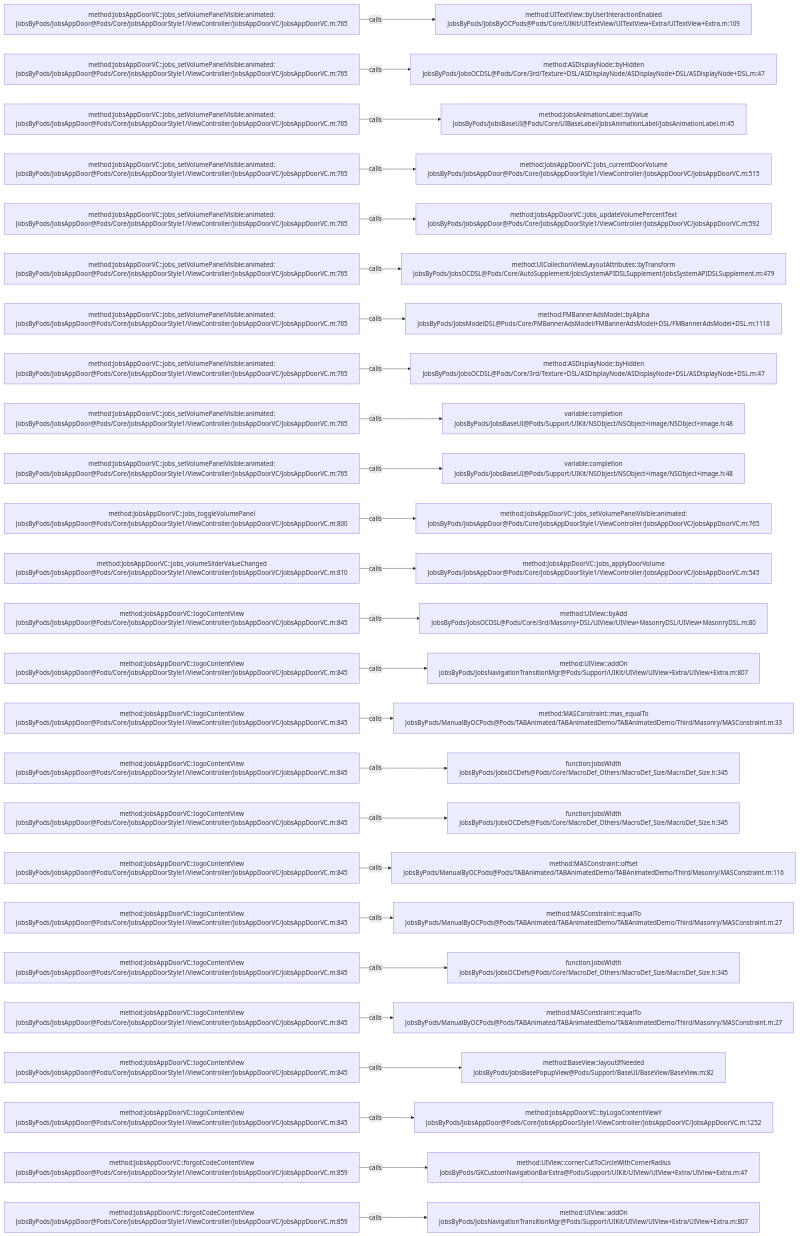
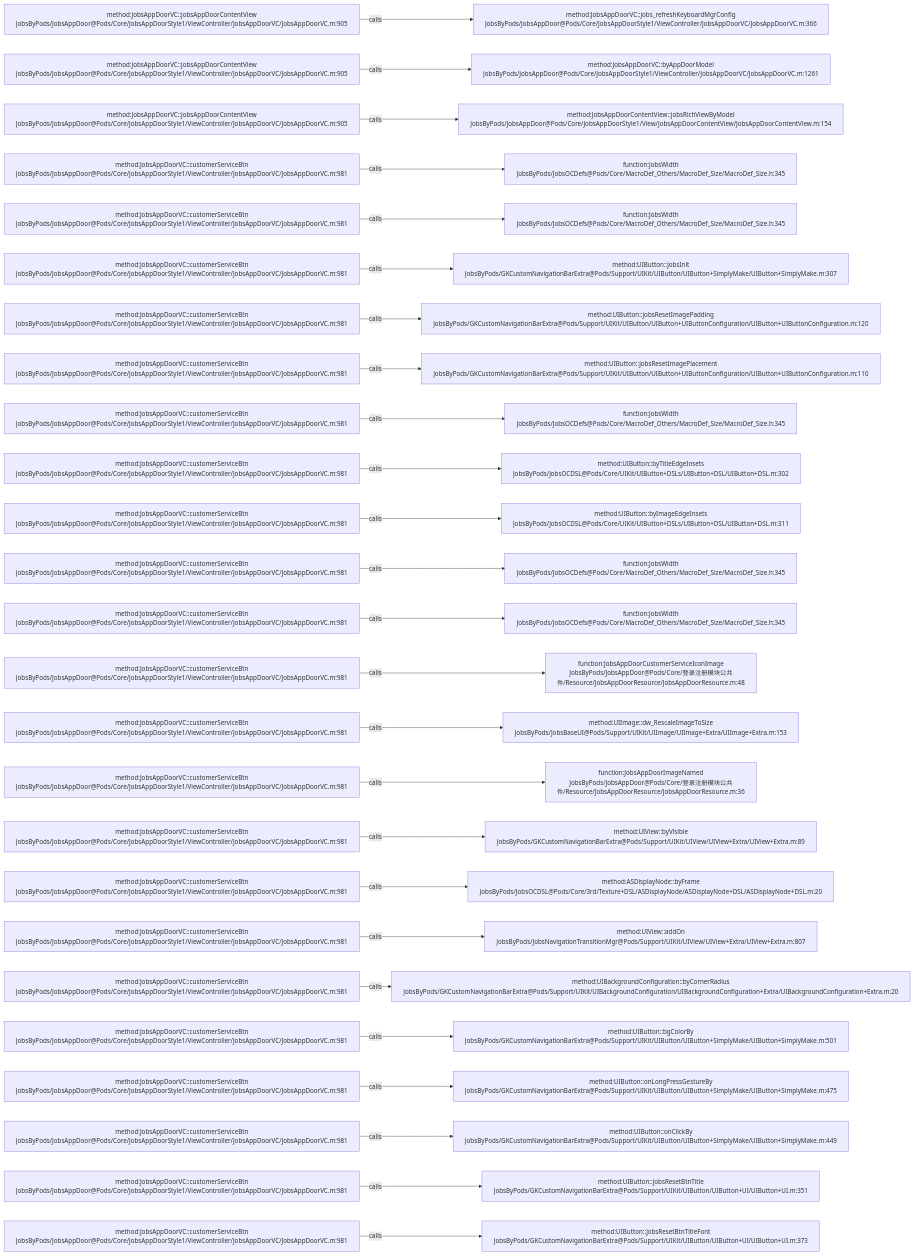
One commit to JobsKits/JobsOCBaseConfigDemo changed the diagram in .codegraph/codegraph.md/graphs/calls-113.md. Above: the diagram before and after it, drawn with Mermaid. The commit also changed 223 other files, not shown here.

````diff
--- a/.codegraph/codegraph.md/graphs/calls-113.md
+++ b/.codegraph/codegraph.md/graphs/calls-113.md
@@ -13,78 +13,78 @@
 ```mermaid
 flowchart LR
-  S1["method:JobsAppDoorVC::jobs_setVolumePanelVisible:animated:<br/>JobsByPods/JobsAppDoor@Pods/Core/JobsAppDoorStyle1/ViewController/JobsAppDoorVC/JobsAppDoorVC.m:765"]
-  T1["method:UITextView::byUserInteractionEnabled<br/>JobsByPods/JobsByOCPods@Pods/Core/UIKit/UITextView/UITextView+Extra/UITextView+Extra.m:109"]
+  S1["method:JobsAppDoorVC::jobsAppDoorContentView<br/>JobsByPods/JobsAppDoor@Pods/Core/JobsAppDoorStyle1/ViewController/JobsAppDoorVC/JobsAppDoorVC.m:905"]
+  T1["method:JobsAppDoorVC::jobs_refreshKeyboardMgrConfig<br/>JobsByPods/JobsAppDoor@Pods/Core/JobsAppDoorStyle1/ViewController/JobsAppDoorVC/JobsAppDoorVC.m:366"]
   S1 -->|calls| T1
-  S2["method:JobsAppDoorVC::jobs_setVolumePanelVisible:animated:<br/>JobsByPods/JobsAppDoor@Pods/Core/JobsAppDoorStyle1/ViewController/JobsAppDoorVC/JobsAppDoorVC.m:765"]
-  T2["method:ASDisplayNode::byHidden<br/>JobsByPods/JobsOCDSL@Pods/Core/3rd/Texture+DSL/ASDisplayNode/ASDisplayNode+DSL/ASDisplayNode+DSL.m:47"]
+  S2["method:JobsAppDoorVC::jobsAppDoorContentView<br/>JobsByPods/JobsAppDoor@Pods/Core/JobsAppDoorStyle1/ViewController/JobsAppDoorVC/JobsAppDoorVC.m:905"]
+  T2["method:JobsAppDoorVC::byAppDoorModel<br/>JobsByPods/JobsAppDoor@Pods/Core/JobsAppDoorStyle1/ViewController/JobsAppDoorVC/JobsAppDoorVC.m:1261"]
   S2 -->|calls| T2
-  S3["method:JobsAppDoorVC::jobs_setVolumePanelVisible:animated:<br/>JobsByPods/JobsAppDoor@Pods/Core/JobsAppDoorStyle1/ViewController/JobsAppDoorVC/JobsAppDoorVC.m:765"]
-  T3["method:JobsAnimationLabel::byValue<br/>JobsByPods/JobsBaseUI@Pods/Core/UIBaseLabel/JobsAnimationLabel/JobsAnimationLabel.m:45"]
+  S3["method:JobsAppDoorVC::jobsAppDoorContentView<br/>JobsByPods/JobsAppDoor@Pods/Core/JobsAppDoorStyle1/ViewController/JobsAppDoorVC/JobsAppDoorVC.m:905"]
+  T3["method:JobsAppDoorContentView::jobsRichViewByModel<br/>JobsByPods/JobsAppDoor@Pods/Core/JobsAppDoorStyle1/View/JobsAppDoorContentView/JobsAppDoorContentView.m:154"]
   S3 -->|calls| T3
-  S4["method:JobsAppDoorVC::jobs_setVolumePanelVisible:animated:<br/>JobsByPods/JobsAppDoor@Pods/Core/JobsAppDoorStyle1/ViewController/JobsAppDoorVC/JobsAppDoorVC.m:765"]
-  T4["method:JobsAppDoorVC::jobs_currentDoorVolume<br/>JobsByPods/JobsAppDoor@Pods/Core/JobsAppDoorStyle1/ViewController/JobsAppDoorVC/JobsAppDoorVC.m:515"]
+  S4["method:JobsAppDoorVC::customerServiceBtn<br/>JobsByPods/JobsAppDoor@Pods/Core/JobsAppDoorStyle1/ViewController/JobsAppDoorVC/JobsAppDoorVC.m:981"]
+  T4["function:JobsWidth<br/>JobsByPods/JobsOCDefs@Pods/Core/MacroDef_Others/MacroDef_Size/MacroDef_Size.h:345"]
   S4 -->|calls| T4
-  S5["method:JobsAppDoorVC::jobs_setVolumePanelVisible:animated:<br/>JobsByPods/JobsAppDoor@Pods/Core/JobsAppDoorStyle1/ViewController/JobsAppDoorVC/JobsAppDoorVC.m:765"]
-  T5["method:JobsAppDoorVC::jobs_updateVolumePercentText<br/>JobsByPods/JobsAppDoor@Pods/Core/JobsAppDoorStyle1/ViewController/JobsAppDoorVC/JobsAppDoorVC.m:592"]
+  S5["method:JobsAppDoorVC::customerServiceBtn<br/>JobsByPods/JobsAppDoor@Pods/Core/JobsAppDoorStyle1/ViewController/JobsAppDoorVC/JobsAppDoorVC.m:981"]
+  T5["function:JobsWidth<br/>JobsByPods/JobsOCDefs@Pods/Core/MacroDef_Others/MacroDef_Size/MacroDef_Size.h:345"]
   S5 -->|calls| T5
-  S6["method:JobsAppDoorVC::jobs_setVolumePanelVisible:animated:<br/>JobsByPods/JobsAppDoor@Pods/Core/JobsAppDoorStyle1/ViewController/JobsAppDoorVC/JobsAppDoorVC.m:765"]
-  T6["method:UICollectionViewLayoutAttributes::byTransform<br/>JobsByPods/JobsOCDSL@Pods/Core/AutoSupplement/JobsSystemAPIDSLSupplement/JobsSystemAPIDSLSupplement.m:479"]
+  S6["method:JobsAppDoorVC::customerServiceBtn<br/>JobsByPods/JobsAppDoor@Pods/Core/JobsAppDoorStyle1/ViewController/JobsAppDoorVC/JobsAppDoorVC.m:981"]
+  T6["method:UIButton::jobsInit<br/>JobsByPods/GKCustomNavigationBarExtra@Pods/Support/UIKit/UIButton/UIButton+SimplyMake/UIButton+SimplyMake.m:307"]
   S6 -->|calls| T6
-  S7["method:JobsAppDoorVC::jobs_setVolumePanelVisible:animated:<br/>JobsByPods/JobsAppDoor@Pods/Core/JobsAppDoorStyle1/ViewController/JobsAppDoorVC/JobsAppDoorVC.m:765"]
-  T7["method:FMBannerAdsModel::byAlpha<br/>JobsByPods/JobsModelDSL@Pods/Core/FMBannerAdsModel/FMBannerAdsModel+DSL/FMBannerAdsModel+DSL.m:1118"]
+  S7["method:JobsAppDoorVC::customerServiceBtn<br/>JobsByPods/JobsAppDoor@Pods/Core/JobsAppDoorStyle1/ViewController/JobsAppDoorVC/JobsAppDoorVC.m:981"]
+  T7["method:UIButton::jobsResetImagePadding<br/>JobsByPods/GKCustomNavigationBarExtra@Pods/Support/UIKit/UIButton/UIButton+UIButtonConfiguration/UIButton+UIButtonConfiguration.m:120"]
   S7 -->|calls| T7
-  S8["method:JobsAppDoorVC::jobs_setVolumePanelVisible:animated:<br/>JobsByPods/JobsAppDoor@Pods/Core/JobsAppDoorStyle1/ViewController/JobsAppDoorVC/JobsAppDoorVC.m:765"]
-  T8["method:ASDisplayNode::byHidden<br/>JobsByPods/JobsOCDSL@Pods/Core/3rd/Texture+DSL/ASDisplayNode/ASDisplayNode+DSL/ASDisplayNode+DSL.m:47"]
+  S8["method:JobsAppDoorVC::customerServiceBtn<br/>JobsByPods/JobsAppDoor@Pods/Core/JobsAppDoorStyle1/ViewController/JobsAppDoorVC/JobsAppDoorVC.m:981"]
+  T8["method:UIButton::jobsResetImagePlacement<br/>JobsByPods/GKCustomNavigationBarExtra@Pods/Support/UIKit/UIButton/UIButton+UIButtonConfiguration/UIButton+UIButtonConfiguration.m:110"]
   S8 -->|calls| T8
-  S9["method:JobsAppDoorVC::jobs_setVolumePanelVisible:animated:<br/>JobsByPods/JobsAppDoor@Pods/Core/JobsAppDoorStyle1/ViewController/JobsAppDoorVC/JobsAppDoorVC.m:765"]
-  T9["variable:completion<br/>JobsByPods/JobsBaseUI@Pods/Support/UIKit/NSObject/NSObject+image/NSObject+image.h:48"]
+  S9["method:JobsAppDoorVC::customerServiceBtn<br/>JobsByPods/JobsAppDoor@Pods/Core/JobsAppDoorStyle1/ViewController/JobsAppDoorVC/JobsAppDoorVC.m:981"]
+  T9["function:JobsWidth<br/>JobsByPods/JobsOCDefs@Pods/Core/MacroDef_Others/MacroDef_Size/MacroDef_Size.h:345"]
   S9 -->|calls| T9
-  S10["method:JobsAppDoorVC::jobs_setVolumePanelVisible:animated:<br/>JobsByPods/JobsAppDoor@Pods/Core/JobsAppDoorStyle1/ViewController/JobsAppDoorVC/JobsAppDoorVC.m:765"]
-  T10["variable:completion<br/>JobsByPods/JobsBaseUI@Pods/Support/UIKit/NSObject/NSObject+image/NSObject+image.h:48"]
+  S10["method:JobsAppDoorVC::customerServiceBtn<br/>JobsByPods/JobsAppDoor@Pods/Core/JobsAppDoorStyle1/ViewController/JobsAppDoorVC/JobsAppDoorVC.m:981"]
+  T10["method:UIButton::byTitleEdgeInsets<br/>JobsByPods/JobsOCDSL@Pods/Core/UIKit/UIButton+DSLs/UIButton+DSL/UIButton+DSL.m:302"]
   S10 -->|calls| T10
-  S11["method:JobsAppDoorVC::jobs_toggleVolumePanel<br/>JobsByPods/JobsAppDoor@Pods/Core/JobsAppDoorStyle1/ViewController/JobsAppDoorVC/JobsAppDoorVC.m:800"]
-  T11["method:JobsAppDoorVC::jobs_setVolumePanelVisible:animated:<br/>JobsByPods/JobsAppDoor@Pods/Core/JobsAppDoorStyle1/ViewController/JobsAppDoorVC/JobsAppDoorVC.m:765"]
+  S11["method:JobsAppDoorVC::customerServiceBtn<br/>JobsByPods/JobsAppDoor@Pods/Core/JobsAppDoorStyle1/ViewController/JobsAppDoorVC/JobsAppDoorVC.m:981"]
+  T11["method:UIButton::byImageEdgeInsets<br/>JobsByPods/JobsOCDSL@Pods/Core/UIKit/UIButton+DSLs/UIButton+DSL/UIButton+DSL.m:311"]
   S11 -->|calls| T11
-  S12["method:JobsAppDoorVC::jobs_volumeSliderValueChanged<br/>JobsByPods/JobsAppDoor@Pods/Core/JobsAppDoorStyle1/ViewController/JobsAppDoorVC/JobsAppDoorVC.m:810"]
-  T12["method:JobsAppDoorVC::jobs_applyDoorVolume<br/>JobsByPods/JobsAppDoor@Pods/Core/JobsAppDoorStyle1/ViewController/JobsAppDoorVC/JobsAppDoorVC.m:545"]
+  S12["method:JobsAppDoorVC::customerServiceBtn<br/>JobsByPods/JobsAppDoor@Pods/Core/JobsAppDoorStyle1/ViewController/JobsAppDoorVC/JobsAppDoorVC.m:981"]
+  T12["function:JobsWidth<br/>JobsByPods/JobsOCDefs@Pods/Core/MacroDef_Others/MacroDef_Size/MacroDef_Size.h:345"]
   S12 -->|calls| T12
-  S13["method:JobsAppDoorVC::logoContentView<br/>JobsByPods/JobsAppDoor@Pods/Core/JobsAppDoorStyle1/ViewController/JobsAppDoorVC/JobsAppDoorVC.m:845"]
-  T13["method:UIView::byAdd<br/>JobsByPods/JobsOCDSL@Pods/Core/3rd/Masonry+DSL/UIView/UIView+MasonryDSL/UIView+MasonryDSL.m:80"]
+  S13["method:JobsAppDoorVC::customerServiceBtn<br/>JobsByPods/JobsAppDoor@Pods/Core/JobsAppDoorStyle1/ViewController/JobsAppDoorVC/JobsAppDoorVC.m:981"]
+  T13["function:JobsWidth<br/>JobsByPods/JobsOCDefs@Pods/Core/MacroDef_Others/MacroDef_Size/MacroDef_Size.h:345"]
   S13 -->|calls| T13
-  S14["method:JobsAppDoorVC::logoContentView<br/>JobsByPods/JobsAppDoor@Pods/Core/JobsAppDoorStyle1/ViewController/JobsAppDoorVC/JobsAppDoorVC.m:845"]
-  T14["method:UIView::addOn<br/>JobsByPods/JobsNavigationTransitionMgr@Pods/Support/UIKit/UIView/UIView+Extra/UIView+Extra.m:807"]
+  S14["method:JobsAppDoorVC::customerServiceBtn<br/>JobsByPods/JobsAppDoor@Pods/Core/JobsAppDoorStyle1/ViewController/JobsAppDoorVC/JobsAppDoorVC.m:981"]
+  T14["function:JobsAppDoorCustomerServiceIconImage<br/>JobsByPods/JobsAppDoor@Pods/Core/登录注册模块公共件/Resource/JobsAppDoorResource/JobsAppDoorResource.m:48"]
   S14 -->|calls| T14
-  S15["method:JobsAppDoorVC::logoContentView<br/>JobsByPods/JobsAppDoor@Pods/Core/JobsAppDoorStyle1/ViewController/JobsAppDoorVC/JobsAppDoorVC.m:845"]
-  T15["method:MASConstraint::mas_equalTo<br/>JobsByPods/ManualByOCPods@Pods/TABAnimated/TABAnimatedDemo/TABAnimatedDemo/Third/Masonry/MASConstraint.m:33"]
+  S15["method:JobsAppDoorVC::customerServiceBtn<br/>JobsByPods/JobsAppDoor@Pods/Core/JobsAppDoorStyle1/ViewController/JobsAppDoorVC/JobsAppDoorVC.m:981"]
+  T15["method:UIImage::dw_RescaleImageToSize<br/>JobsByPods/JobsBaseUI@Pods/Support/UIKit/UIImage/UIImage+Extra/UIImage+Extra.m:153"]
   S15 -->|calls| T15
-  S16["method:JobsAppDoorVC::logoContentView<br/>JobsByPods/JobsAppDoor@Pods/Core/JobsAppDoorStyle1/ViewController/JobsAppDoorVC/JobsAppDoorVC.m:845"]
-  T16["function:JobsWidth<br/>JobsByPods/JobsOCDefs@Pods/Core/MacroDef_Others/MacroDef_Size/MacroDef_Size.h:345"]
+  S16["method:JobsAppDoorVC::customerServiceBtn<br/>JobsByPods/JobsAppDoor@Pods/Core/JobsAppDoorStyle1/ViewController/JobsAppDoorVC/JobsAppDoorVC.m:981"]
+  T16["function:JobsAppDoorImageNamed<br/>JobsByPods/JobsAppDoor@Pods/Core/登录注册模块公共件/Resource/JobsAppDoorResource/JobsAppDoorResource.m:36"]
   S16 -->|calls| T16
-  S17["method:JobsAppDoorVC::logoContentView<br/>JobsByPods/JobsAppDoor@Pods/Core/JobsAppDoorStyle1/ViewController/JobsAppDoorVC/JobsAppDoorVC.m:845"]
-  T17["function:JobsWidth<br/>JobsByPods/JobsOCDefs@Pods/Core/MacroDef_Others/MacroDef_Size/MacroDef_Size.h:345"]
+  S17["method:JobsAppDoorVC::customerServiceBtn<br/>JobsByPods/JobsAppDoor@Pods/Core/JobsAppDoorStyle1/ViewController/JobsAppDoorVC/JobsAppDoorVC.m:981"]
+  T17["method:UIView::byVisible<br/>JobsByPods/GKCustomNavigationBarExtra@Pods/Support/UIKit/UIView/UIView+Extra/UIView+Extra.m:89"]
   S17 -->|calls| T17
-  S18["method:JobsAppDoorVC::logoContentView<br/>JobsByPods/JobsAppDoor@Pods/Core/JobsAppDoorStyle1/ViewController/JobsAppDoorVC/JobsAppDoorVC.m:845"]
-  T18["method:MASConstraint::offset<br/>JobsByPods/ManualByOCPods@Pods/TABAnimated/TABAnimatedDemo/TABAnimatedDemo/Third/Masonry/MASConstraint.m:116"]
+  S18["method:JobsAppDoorVC::customerServiceBtn<br/>JobsByPods/JobsAppDoor@Pods/Core/JobsAppDoorStyle1/ViewController/JobsAppDoorVC/JobsAppDoorVC.m:981"]
+  T18["method:ASDisplayNode::byFrame<br/>JobsByPods/JobsOCDSL@Pods/Core/3rd/Texture+DSL/ASDisplayNode/ASDisplayNode+DSL/ASDisplayNode+DSL.m:20"]
   S18 -->|calls| T18
-  S19["method:JobsAppDoorVC::logoContentView<br/>JobsByPods/JobsAppDoor@Pods/Core/JobsAppDoorStyle1/ViewController/JobsAppDoorVC/JobsAppDoorVC.m:845"]
-  T19["method:MASConstraint::equalTo<br/>JobsByPods/ManualByOCPods@Pods/TABAnimated/TABAnimatedDemo/TABAnimatedDemo/Third/Masonry/MASConstraint.m:27"]
+  S19["method:JobsAppDoorVC::customerServiceBtn<br/>JobsByPods/JobsAppDoor@Pods/Core/JobsAppDoorStyle1/ViewController/JobsAppDoorVC/JobsAppDoorVC.m:981"]
+  T19["method:UIView::addOn<br/>JobsByPods/JobsNavigationTransitionMgr@Pods/Support/UIKit/UIView/UIView+Extra/UIView+Extra.m:807"]
   S19 -->|calls| T19
-  S20["method:JobsAppDoorVC::logoContentView<br/>JobsByPods/JobsAppDoor@Pods/Core/JobsAppDoorStyle1/ViewController/JobsAppDoorVC/JobsAppDoorVC.m:845"]
-  T20["function:JobsWidth<br/>JobsByPods/JobsOCDefs@Pods/Core/MacroDef_Others/MacroDef_Size/MacroDef_Size.h:345"]
+  S20["method:JobsAppDoorVC::customerServiceBtn<br/>JobsByPods/JobsAppDoor@Pods/Core/JobsAppDoorStyle1/ViewController/JobsAppDoorVC/JobsAppDoorVC.m:981"]
+  T20["method:UIBackgroundConfiguration::byCornerRadius<br/>JobsByPods/GKCustomNavigationBarExtra@Pods/Support/UIKit/UIBackgroundConfiguration/UIBackgroundConfiguration+Extra/UIBackgroundConfiguration+Extra.m:20"]
   S20 -->|calls| T20
-  S21["method:JobsAppDoorVC::logoContentView<br/>JobsByPods/JobsAppDoor@Pods/Core/JobsAppDoorStyle1/ViewController/JobsAppDoorVC/JobsAppDoorVC.m:845"]
-  T21["method:MASConstraint::equalTo<br/>JobsByPods/ManualByOCPods@Pods/TABAnimated/TABAnimatedDemo/TABAnimatedDemo/Third/Masonry/MASConstraint.m:27"]
+  S21["method:JobsAppDoorVC::customerServiceBtn<br/>JobsByPods/JobsAppDoor@Pods/Core/JobsAppDoorStyle1/ViewController/JobsAppDoorVC/JobsAppDoorVC.m:981"]
+  T21["method:UIButton::bgColorBy<br/>JobsByPods/GKCustomNavigationBarExtra@Pods/Support/UIKit/UIButton/UIButton+SimplyMake/UIButton+SimplyMake.m:501"]
   S21 -->|calls| T21
-  S22["method:JobsAppDoorVC::logoContentView<br/>JobsByPods/JobsAppDoor@Pods/Core/JobsAppDoorStyle1/ViewController/JobsAppDoorVC/JobsAppDoorVC.m:845"]
-  T22["method:BaseView::layoutIfNeeded<br/>JobsByPods/JobsBasePopupView@Pods/Support/BaseUI/BaseView/BaseView.m:82"]
+  S22["method:JobsAppDoorVC::customerServiceBtn<br/>JobsByPods/JobsAppDoor@Pods/Core/JobsAppDoorStyle1/ViewController/JobsAppDoorVC/JobsAppDoorVC.m:981"]
+  T22["method:UIButton::onLongPressGestureBy<br/>JobsByPods/GKCustomNavigationBarExtra@Pods/Support/UIKit/UIButton/UIButton+SimplyMake/UIButton+SimplyMake.m:475"]
   S22 -->|calls| T22
-  S23["method:JobsAppDoorVC::logoContentView<br/>JobsByPods/JobsAppDoor@Pods/Core/JobsAppDoorStyle1/ViewController/JobsAppDoorVC/JobsAppDoorVC.m:845"]
-  T23["method:JobsAppDoorVC::byLogoContentViewY<br/>JobsByPods/JobsAppDoor@Pods/Core/JobsAppDoorStyle1/ViewController/JobsAppDoorVC/JobsAppDoorVC.m:1252"]
+  S23["method:JobsAppDoorVC::customerServiceBtn<br/>JobsByPods/JobsAppDoor@Pods/Core/JobsAppDoorStyle1/ViewController/JobsAppDoorVC/JobsAppDoorVC.m:981"]
+  T23["method:UIButton::onClickBy<br/>JobsByPods/GKCustomNavigationBarExtra@Pods/Support/UIKit/UIButton/UIButton+SimplyMake/UIButton+SimplyMake.m:449"]
   S23 -->|calls| T23
-  S24["method:JobsAppDoorVC::forgotCodeContentView<br/>JobsByPods/JobsAppDoor@Pods/Core/JobsAppDoorStyle1/ViewController/JobsAppDoorVC/JobsAppDoorVC.m:859"]
-  T24["method:UIView::cornerCutToCircleWithCornerRadius<br/>JobsByPods/GKCustomNavigationBarExtra@Pods/Support/UIKit/UIView/UIView+Extra/UIView+Extra.m:47"]
+  S24["method:JobsAppDoorVC::customerServiceBtn<br/>JobsByPods/JobsAppDoor@Pods/Core/JobsAppDoorStyle1/ViewController/JobsAppDoorVC/JobsAppDoorVC.m:981"]
+  T24["method:UIButton::jobsResetBtnTitle<br/>JobsByPods/GKCustomNavigationBarExtra@Pods/Support/UIKit/UIButton/UIButton+UI/UIButton+UI.m:351"]
   S24 -->|calls| T24
-  S25["method:JobsAppDoorVC::forgotCodeContentView<br/>JobsByPods/JobsAppDoor@Pods/Core/JobsAppDoorStyle1/ViewController/JobsAppDoorVC/JobsAppDoorVC.m:859"]
-  T25["method:UIView::addOn<br/>JobsByPods/JobsNavigationTransitionMgr@Pods/Support/UIKit/UIView/UIView+Extra/UIView+Extra.m:807"]
+  S25["method:JobsAppDoorVC::customerServiceBtn<br/>JobsByPods/JobsAppDoor@Pods/Core/JobsAppDoorStyle1/ViewController/JobsAppDoorVC/JobsAppDoorVC.m:981"]
+  T25["method:UIButton::jobsResetBtnTitleFont<br/>JobsByPods/GKCustomNavigationBarExtra@Pods/Support/UIKit/UIButton/UIButton+UI/UIButton+UI.m:373"]
   S25 -->|calls| T25
 ```
````
